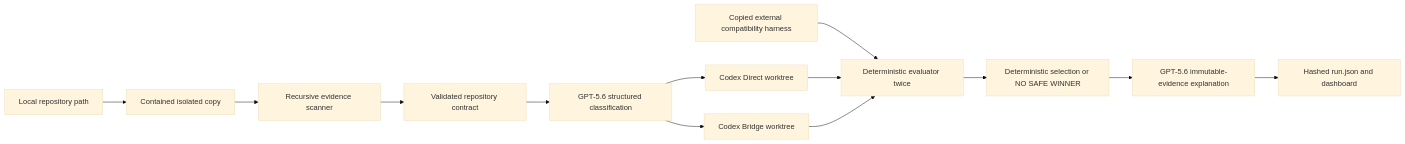
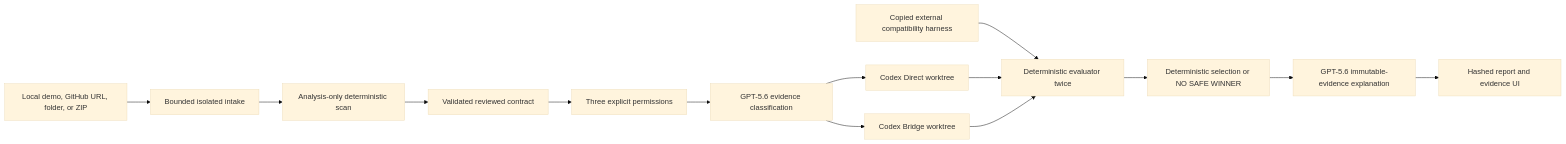
Before and after one commit to Shivansh3532/quantum-twin: the diagram in ARCHITECTURE.md, drawn with Mermaid (base theme). The commit also changed other lines of this file and 42 other files, not shown here.

First line of the commit message:
feat: add local Repository Lab

````diff
--- a/ARCHITECTURE.md
+++ b/ARCHITECTURE.md
@@ -3,15 +3,16 @@
 ```mermaid
 flowchart LR
-  R[Local repository path] --> I[Contained isolated copy]
-  I --> S[Recursive evidence scanner]
-  S --> C[Validated repository contract]
-  C --> G[GPT-5.6 structured classification]
+  U[Local demo, GitHub URL, folder, or ZIP] --> I[Bounded isolated intake]
+  I --> S[Analysis-only deterministic scan]
+  S --> C[Validated reviewed contract]
+  C --> P[Three explicit permissions]
+  P --> G[GPT-5.6 evidence classification]
   G --> A[Codex Direct worktree]
   G --> B[Codex Bridge worktree]
   H[Copied external compatibility harness] --> E[Deterministic evaluator twice]
   A --> E
   B --> E
   E --> D[Deterministic selection or NO SAFE WINNER]
   D --> X[GPT-5.6 immutable-evidence explanation]
-  X --> O[Hashed run.json and dashboard]
+  X --> O[Hashed report and evidence UI]
 ```
````
